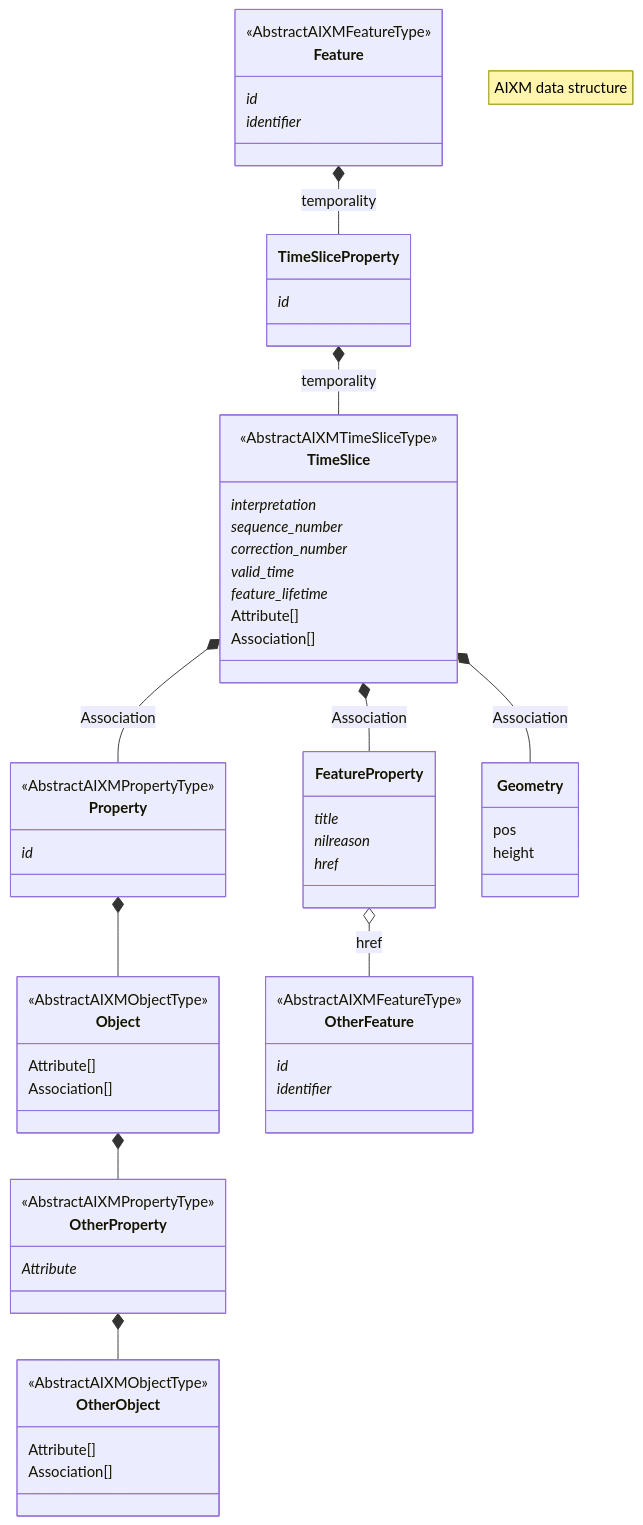
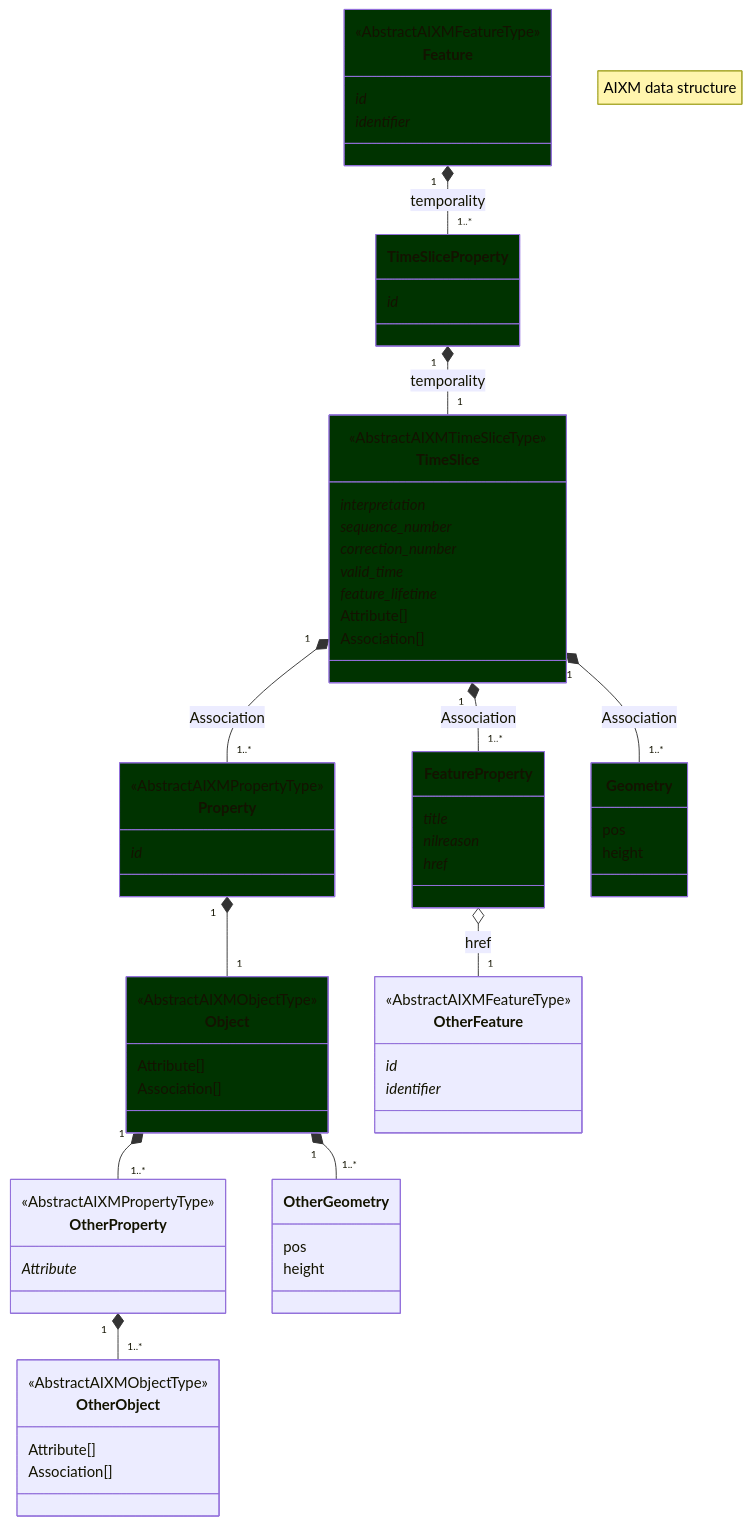
The diagram in viewgen/README.md (3l-gee/delorean), drawn with Mermaid before and after one commit. The commit also changed 14 other files, not shown here.

````diff
--- a/viewgen/README.md
+++ b/viewgen/README.md
@@ -34,33 +34,34 @@
 
     note "AIXM data structure"
    
-    Feature *-- TimeSliceProperty : temporality
-    TimeSliceProperty *-- TimeSlice : temporality
+    Feature "1" *-- "1..*" TimeSliceProperty : temporality
+    TimeSliceProperty "1" *-- "1" TimeSlice : temporality
 
-    TimeSlice *-- FeatureProperty : Association
-    TimeSlice *-- Property : Association
-    TimeSlice *-- Geometry : Association
+    TimeSlice "1" *-- "1..*" FeatureProperty : Association
+    TimeSlice "1" *-- "1..*" Property : Association
+    TimeSlice "1" *-- "1..*" Geometry : Association
 
+    Property "1" *-- "1"  Object : 
+    OtherProperty "1" *-- "1..*" OtherObject
 
-    Property *--  Object : 
-    OtherProperty *-- OtherObject
+    FeatureProperty o-- "1" OtherFeature : href
 
-
-    FeatureProperty o-- OtherFeature : href
-
-
-    Object *-- OtherProperty
+    Object "1" *-- "1..*" OtherProperty
+    Object "1" *-- "1..*" OtherGeometry
 
 
     class Feature
+    style Feature fill:#003300
     Feature : id*
     Feature : identifier*
     <<AbstractAIXMFeatureType>> Feature
 
-    class TimeSliceProperty 
+    class TimeSliceProperty
+    style TimeSliceProperty fill:#003300
     TimeSliceProperty : id*
 
     class TimeSlice
+    style TimeSlice fill:#003300
     TimeSlice : interpretation*
     TimeSlice : sequence_number*
     TimeSlice : correction_number*
@@ -71,10 +72,12 @@
     <<AbstractAIXMTimeSliceType>> TimeSlice
 
     class Property
+    style Property fill:#003300
     Property : id*
     <<AbstractAIXMPropertyType>> Property
 
     class Object
+    style Object fill:#003300
     Object : Attribute[]
     Object : Association[]
     <<AbstractAIXMObjectType>> Object   
@@ -89,6 +92,7 @@
     <<AbstractAIXMObjectType>> OtherObject   
 
     class FeatureProperty
+    style FeatureProperty fill:#003300
     FeatureProperty : title*
     FeatureProperty : nilreason*
     FeatureProperty : href*
@@ -99,7 +103,13 @@
     <<AbstractAIXMFeatureType>> OtherFeature
 
     class Geometry
+    style Geometry fill:#003300
     Geometry : pos
     Geometry : height 
 
+    class OtherGeometry
+    style FeatureProperty fill:#003300
+    OtherGeometry : pos
+    OtherGeometry : height 
+
 ```
````
